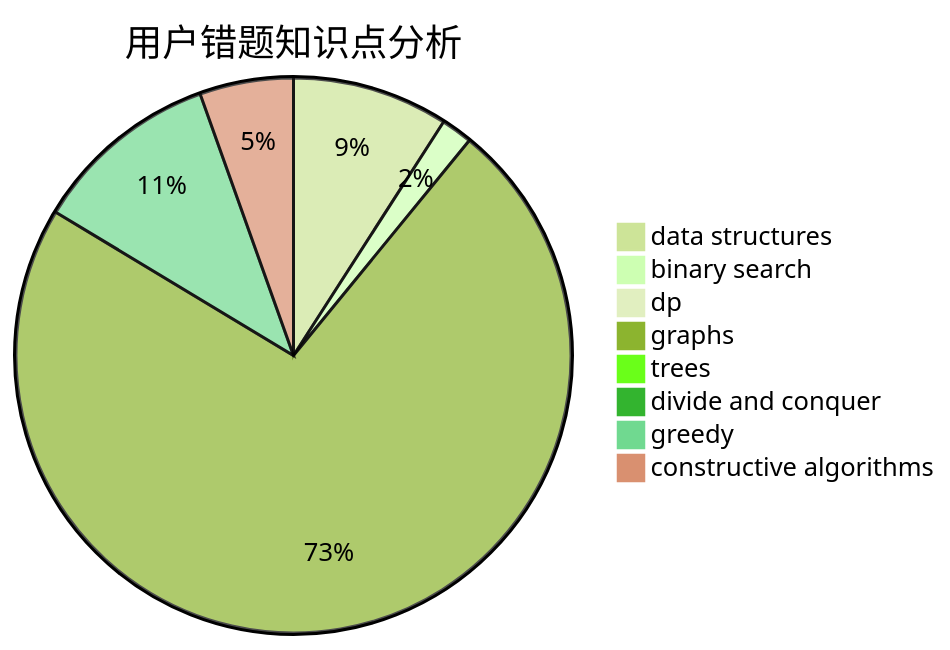
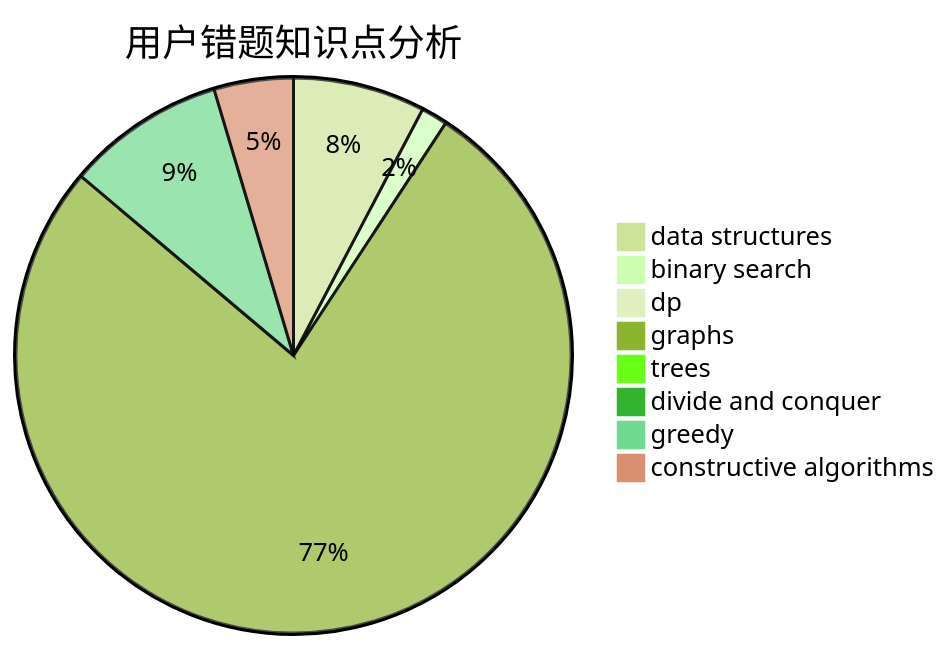
Before and after one commit to sherpahu/cfrs.github.io: the third of 3 diagrams in docs/user/u4.md, drawn with Mermaid (forest theme). The commit also changed other lines of this file and 2770 other files, not shown here.

````diff
--- a/docs/user/u4.md
+++ b/docs/user/u4.md
@@ -36,11 +36,11 @@
 ```mermaid
 pie title 用户错题知识点分析
     "data structures" :  5
     "binary search" :  1
     "dp" :  0
-    "graphs" :  40
+    "graphs" :  50
     "trees" :  0
     "divide and conquer" :  0
     "greedy" :  6
     "constructive algorithms" :  3
 ```
````
